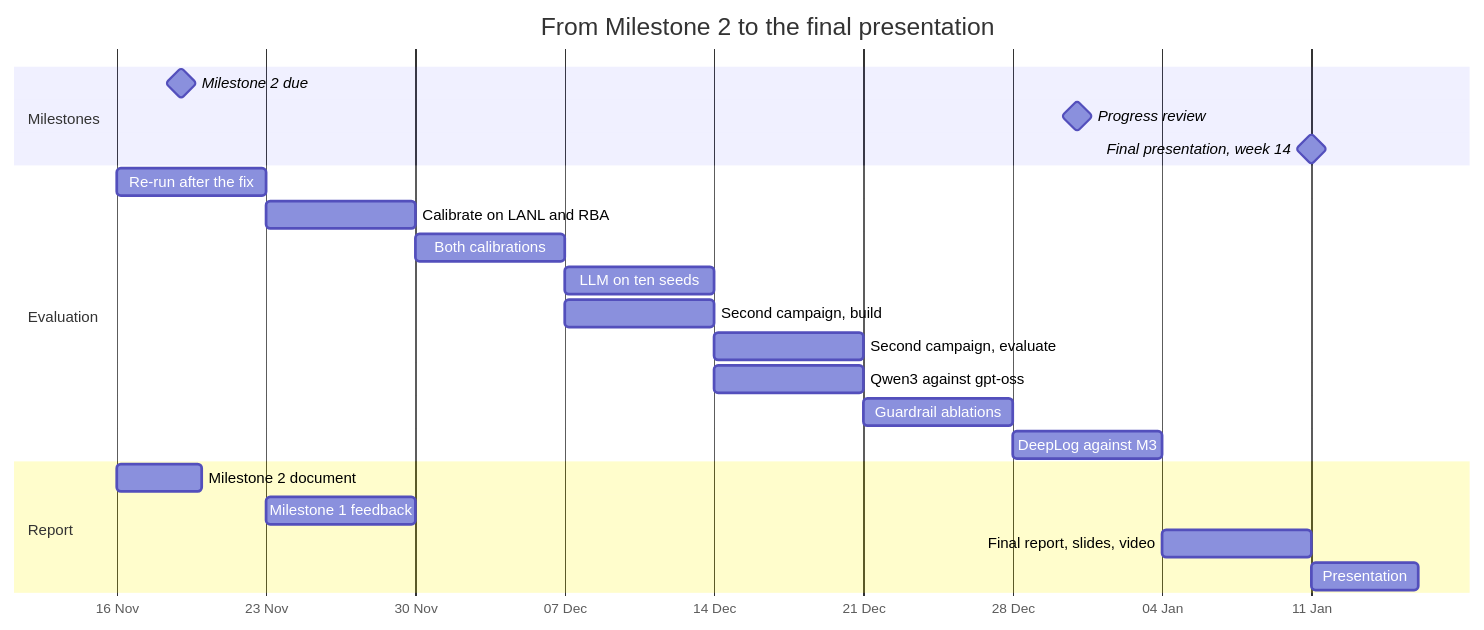
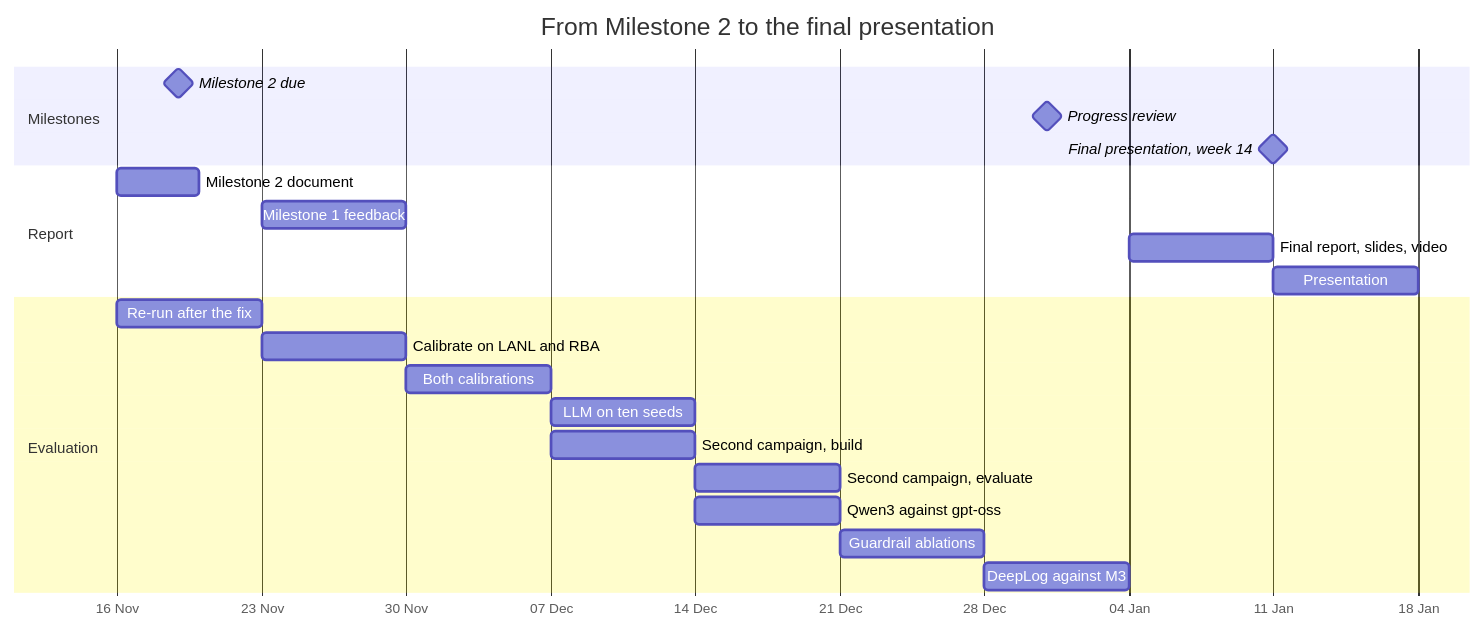
Before and after one commit to Chris91ss/ai4ci-agentic-soc: the sixth of 6 diagrams in docs/architecture/README.md, drawn with Mermaid. The commit also changed other lines of this file, not shown here.

First line of the commit message:
docs(architecture): keep the diagrams clear of GitHub's zoom controls

````diff
--- a/docs/architecture/README.md
+++ b/docs/architecture/README.md
@@ -372,27 +381,27 @@
 ```mermaid
 gantt
     title From Milestone 2 to the final presentation
     dateFormat YYYY-MM-DD
     axisFormat %d %b
     tickInterval 1week
     weekday monday
     section Milestones
     Milestone 2 due              :milestone, 2026-11-19, 0d
     Progress review              :milestone, 2026-12-31, 0d
     Final presentation, week 14  :milestone, 2027-01-11, 0d
+    section Report
+    Milestone 2 document         :2026-11-16, 4d
+    Milestone 1 feedback         :2026-11-23, 7d
+    Final report, slides, video  :2027-01-04, 7d
+    Presentation                 :2027-01-11, 7d
     section Evaluation
     Re-run after the fix         :2026-11-16, 7d
     Calibrate on LANL and RBA    :2026-11-23, 7d
     Both calibrations            :2026-11-30, 7d
     LLM on ten seeds             :2026-12-07, 7d
     Second campaign, build       :2026-12-07, 7d
     Second campaign, evaluate    :2026-12-14, 7d
     Qwen3 against gpt-oss        :2026-12-14, 7d
     Guardrail ablations          :2026-12-21, 7d
     DeepLog against M3           :2026-12-28, 7d
-    section Report
-    Milestone 2 document         :2026-11-16, 4d
-    Milestone 1 feedback         :2026-11-23, 7d
-    Final report, slides, video  :2027-01-04, 7d
-    Presentation                 :2027-01-11, 5d
 ```
````
